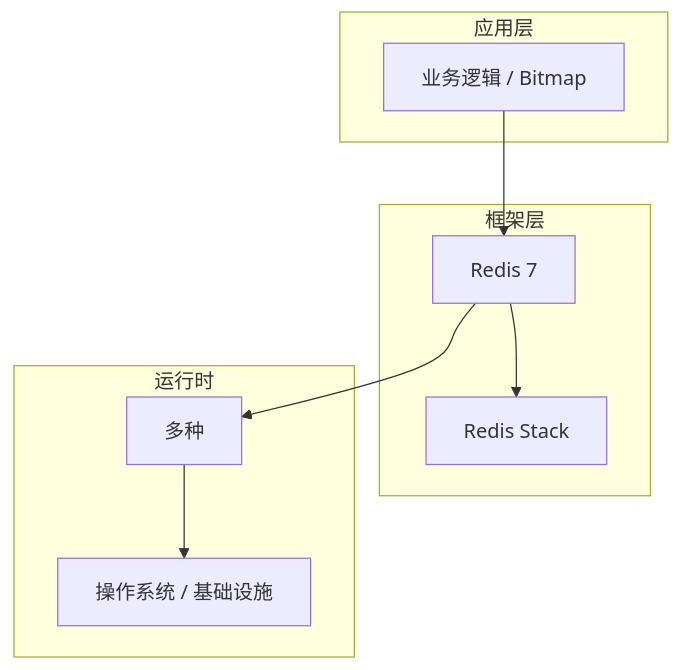
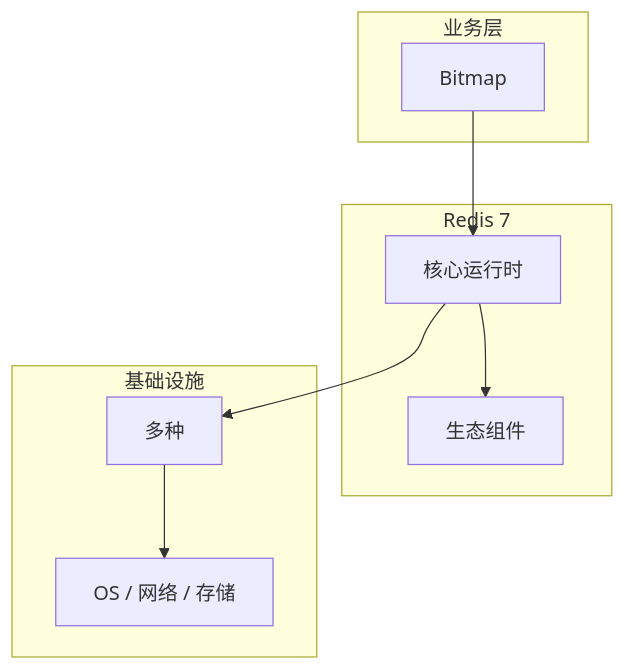
Before and after one commit to yanggan2015/knowledge-json-v2: the diagram in articles/Redis/chapters/043-Bitmap核心概念与原理.md, drawn with Mermaid. The commit also changed other lines of this file and 10127 other files, not shown here.

````diff
--- a/articles/Redis/chapters/043-Bitmap核心概念与原理.md
+++ b/articles/Redis/chapters/043-Bitmap核心概念与原理.md
@@ -45,18 +34,18 @@
 ```mermaid
 graph TB
-    subgraph 应用层
-        A[业务逻辑 / Bitmap]
+    subgraph 业务层
+        A[Bitmap]
     end
-    subgraph 框架层
-        B[Redis 7]
-        C[Redis Stack]
+    subgraph Redis 7
+        B[核心运行时]
+        C[生态组件]
     end
-    subgraph 运行时
+    subgraph 基础设施
         D[多种]
-        E[操作系统 / 基础设施]
+        E[OS / 网络 / 存储]
     end
     A --> B
     B --> C
     B --> D
     D --> E
 ```
````
